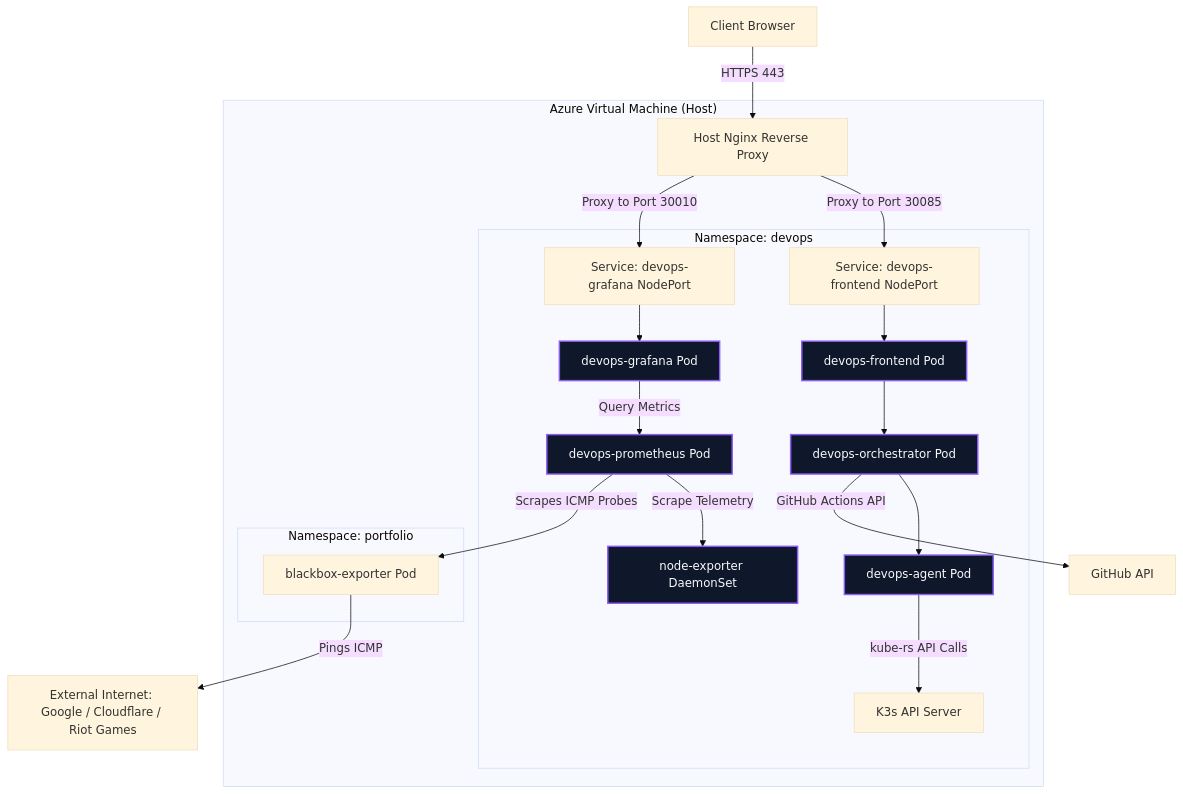
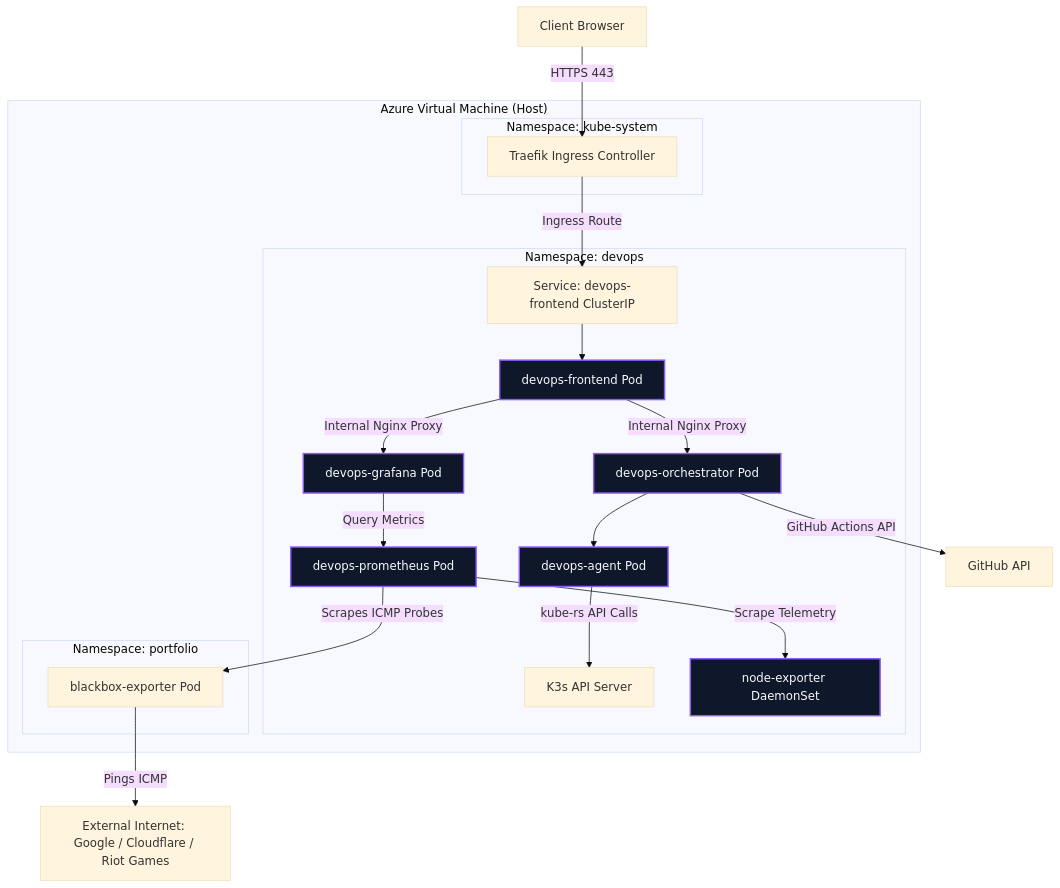
One commit to mattDev0/devops-control-center changed the first of 2 diagrams in README.md. Above: the diagram before and after it, drawn with Mermaid (base theme). The commit also changed other lines of this file, not shown here.

Commit message:
docs(readme): update architecture diagram to reflect Traefik ingress migration

````diff
--- a/README.md
+++ b/README.md
@@ -22,31 +22,34 @@
 ```mermaid
 graph TD
-    Client[Client Browser] -->|HTTPS 443| Nginx[Host Nginx Reverse Proxy]
+    Client[Client Browser] -->|HTTPS 443| Traefik[Traefik Ingress Controller]
     
     subgraph "Azure Virtual Machine (Host)"
-        Nginx -->|Proxy to Port 30085| K8sDevOpsFE[Service: devops-frontend NodePort]
-        Nginx -->|Proxy to Port 30010| K8sGrafana[Service: devops-grafana NodePort]
+        subgraph "Namespace: kube-system"
+            Traefik
+        end
 
         subgraph "Namespace: devops"
+            Traefik -->|Ingress Route| K8sDevOpsFE[Service: devops-frontend ClusterIP]
             K8sDevOpsFE --> DevOpsFE[devops-frontend Pod]
-            DevOpsFE --> Orchestrator[devops-orchestrator Pod]
+            DevOpsFE -->|Internal Nginx Proxy| Orchestrator[devops-orchestrator Pod]
+            DevOpsFE -->|Internal Nginx Proxy| Grafana[devops-grafana Pod]
+            
             Orchestrator --> Agent[devops-agent Pod]
             Agent -->|kube-rs API Calls| K8sAPI[K3s API Server]
             
-            K8sGrafana --> Grafana[devops-grafana Pod]
             Grafana -->|Query Metrics| Prom[devops-prometheus Pod]
             Prom -->|Scrape Telemetry| NodeExp[node-exporter DaemonSet]
         end
 
         subgraph "Namespace: portfolio"
             Blackbox[blackbox-exporter Pod]
         end
     end
 
     Orchestrator -->|GitHub Actions API| GitHub[GitHub API]
     Prom -->|Scrapes ICMP Probes| Blackbox
     Blackbox -->|Pings ICMP| Internet[External Internet: Google / Cloudflare / Riot Games]
 
     classDef devops fill:#0f172a,stroke:#8b5cf6,stroke-width:2px,color:#f8fafc;
     class DevOpsFE,Orchestrator,Agent,Grafana,Prom,NodeExp devops;
 ```
````
